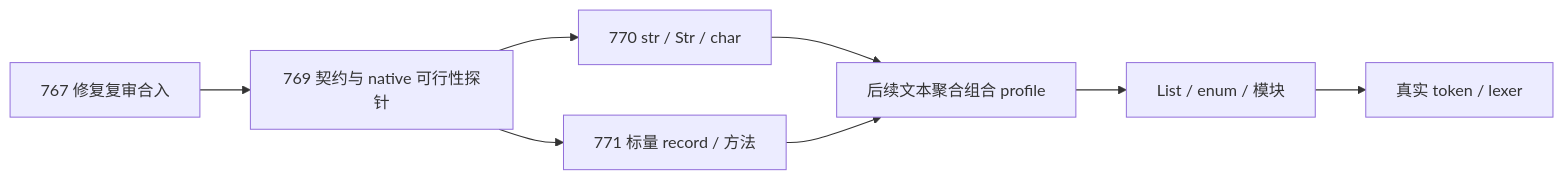
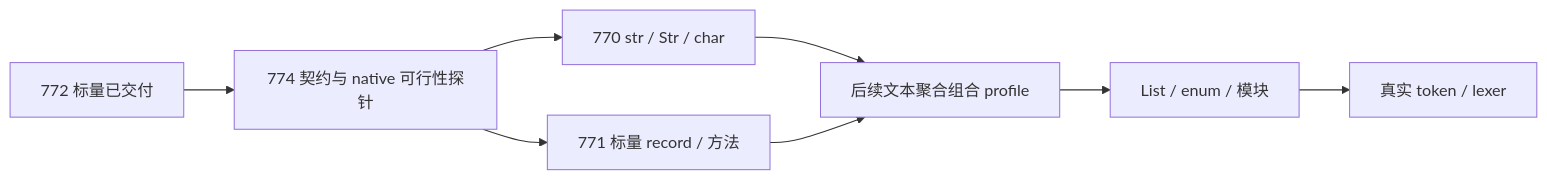
The diagram in docs/design/36-ac-data-resource-expansion.md (auto-stack/auto-lang), drawn with Mermaid before and after one commit. The commit also changed other lines of this file and 18 other files, not shown here.

Commit message:
docs(ac): sync plan references and bootstrap roadmap (Plans 770, 771, 774)

````diff
--- a/docs/design/36-ac-data-resource-expansion.md
+++ b/docs/design/36-ac-data-resource-expansion.md
@@ -18,10 +18,10 @@
 ```mermaid
 flowchart LR
-    P767[767 修复复审合入] --> P769[769 契约与 native 可行性探针]
-    P769 --> P770[770 str / Str / char]
-    P769 --> P771[771 标量 record / 方法]
+    P772[772 标量已交付] --> P774[774 契约与 native 可行性探针]
+    P774 --> P770[770 str / Str / char]
+    P774 --> P771[771 标量 record / 方法]
     P770 --> Mix[后续文本聚合组合 profile]
     P771 --> Mix
     Mix --> Data[List / enum / 模块]
     Data --> Lexer[真实 token / lexer]
 ```
````
